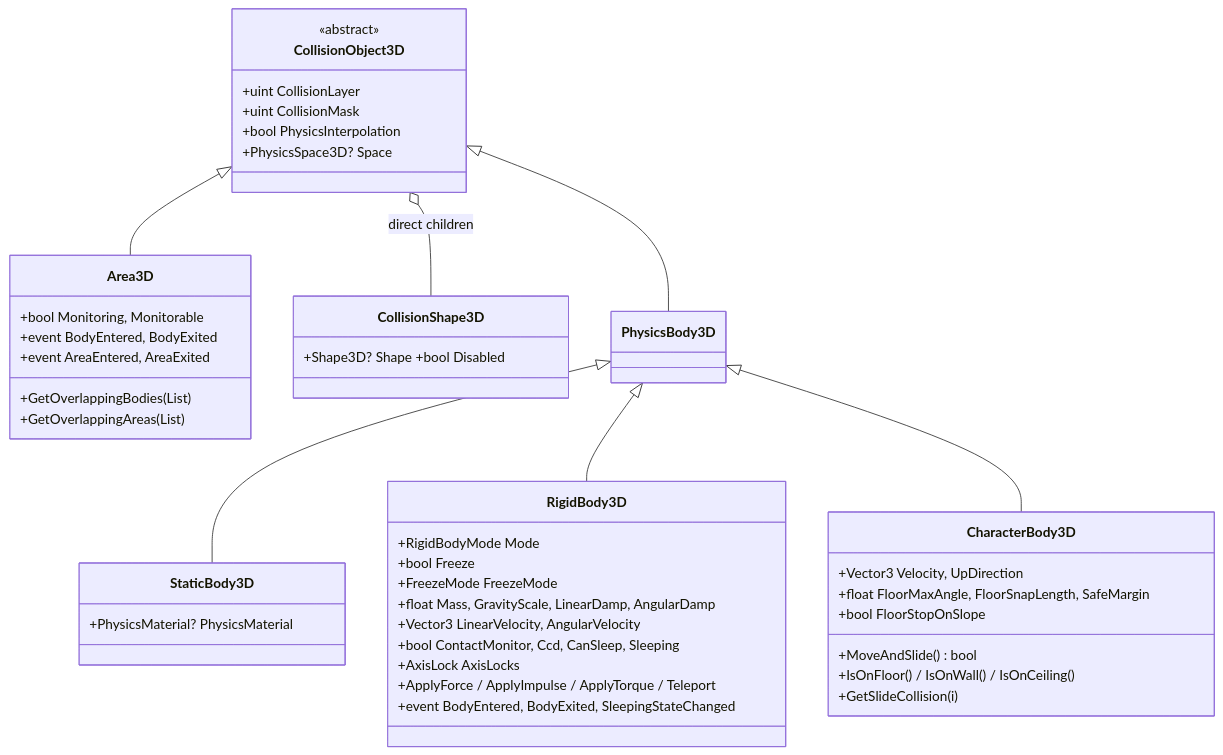
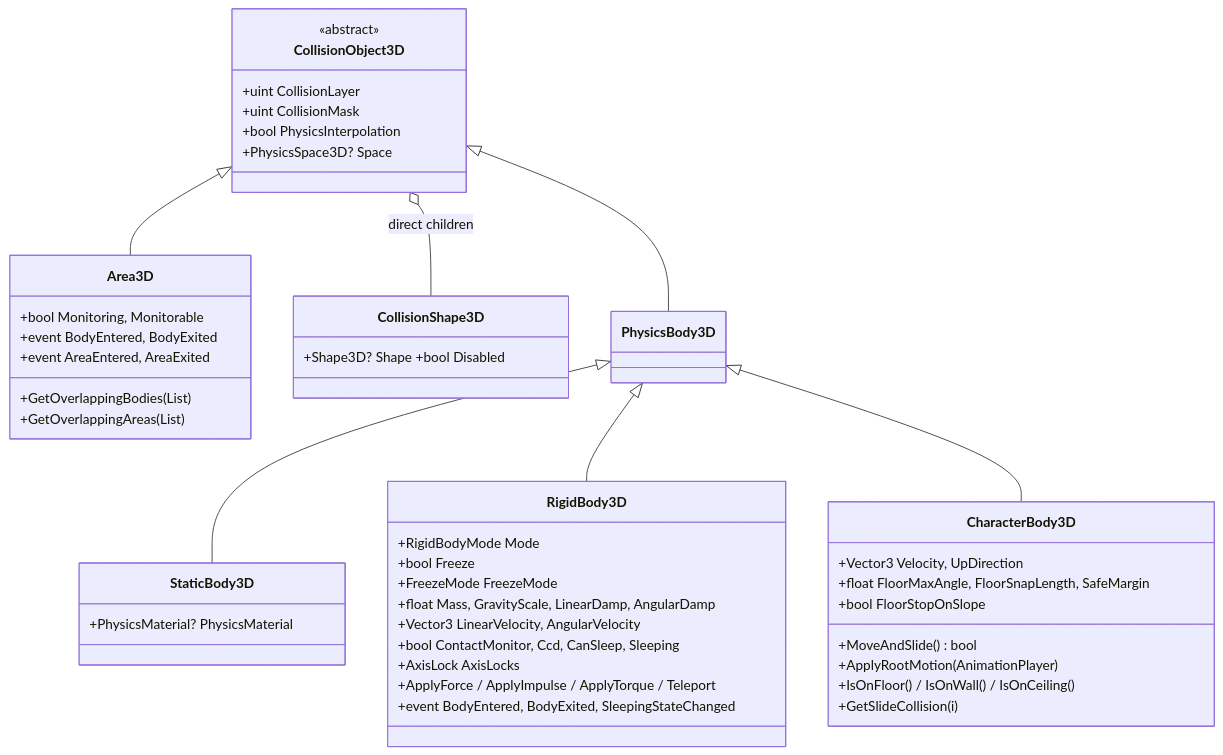
The first of 2 diagrams in docs/design/physics.md (Mainframe-Games/mainframe-engine), drawn with Mermaid before and after one commit. The commit also changed other lines of this file and 203 other files, not shown here.

First line of the commit message:
Gameplay toolkit: root motion (G1e), viewport tools (G7), joints and ragdolls (G9); housekeeping (#136)

````diff
--- a/docs/design/physics.md
+++ b/docs/design/physics.md
@@ -41,44 +41,45 @@
 ```mermaid
 classDiagram
     class CollisionObject3D {
         <<abstract>>
         +uint CollisionLayer
         +uint CollisionMask
         +bool PhysicsInterpolation
         +PhysicsSpace3D? Space
     }
     class StaticBody3D { +PhysicsMaterial? PhysicsMaterial }
     class RigidBody3D {
         +RigidBodyMode Mode
         +bool Freeze
         +FreezeMode FreezeMode
         +float Mass, GravityScale, LinearDamp, AngularDamp
         +Vector3 LinearVelocity, AngularVelocity
         +bool ContactMonitor, Ccd, CanSleep, Sleeping
         +AxisLock AxisLocks
         +ApplyForce / ApplyImpulse / ApplyTorque / Teleport
         +event BodyEntered, BodyExited, SleepingStateChanged
     }
     class CharacterBody3D {
         +Vector3 Velocity, UpDirection
         +float FloorMaxAngle, FloorSnapLength, SafeMargin
         +bool FloorStopOnSlope
         +MoveAndSlide() bool
+        +ApplyRootMotion(AnimationPlayer)
         +IsOnFloor() / IsOnWall() / IsOnCeiling()
         +GetSlideCollision(i)
     }
     class Area3D {
         +bool Monitoring, Monitorable
         +event BodyEntered, BodyExited
         +event AreaEntered, AreaExited
         +GetOverlappingBodies(List)
         +GetOverlappingAreas(List)
     }
     class CollisionShape3D { +Shape3D? Shape +bool Disabled }
     CollisionObject3D <|-- PhysicsBody3D
     PhysicsBody3D <|-- StaticBody3D
     PhysicsBody3D <|-- RigidBody3D
     PhysicsBody3D <|-- CharacterBody3D
     CollisionObject3D <|-- Area3D
     CollisionObject3D o-- CollisionShape3D : direct children
 ```
````
